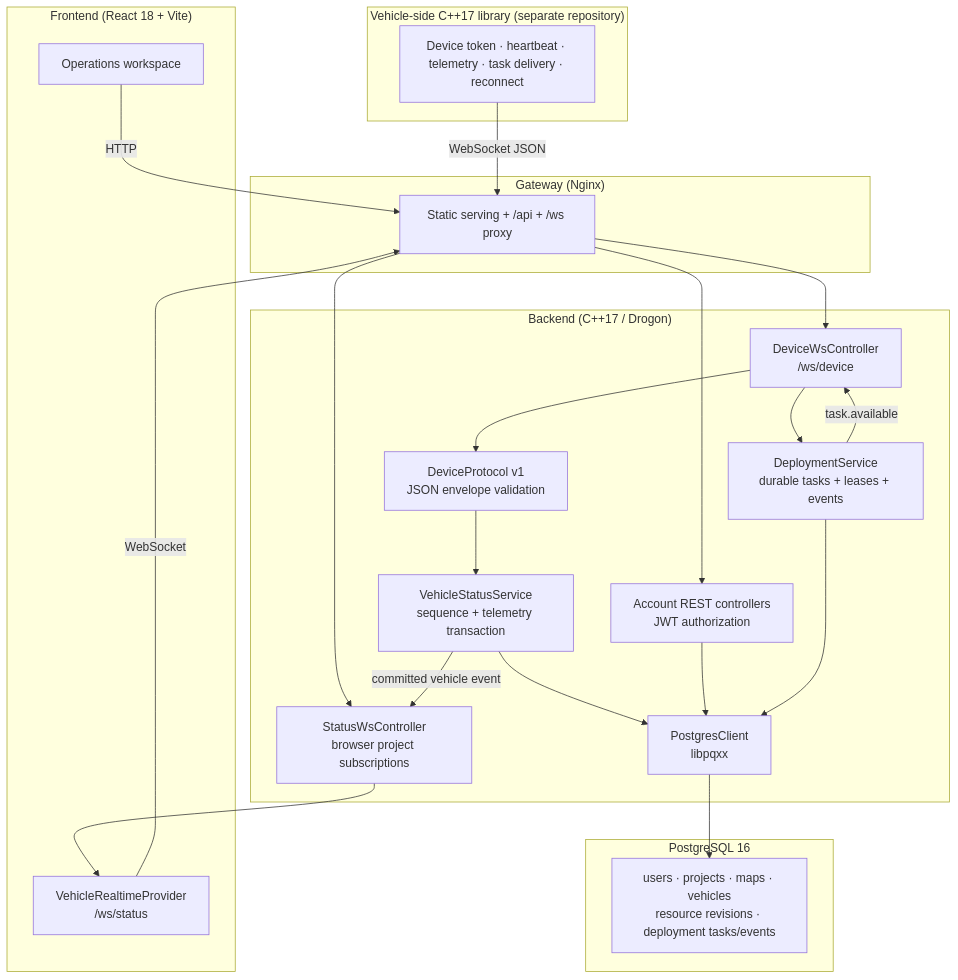
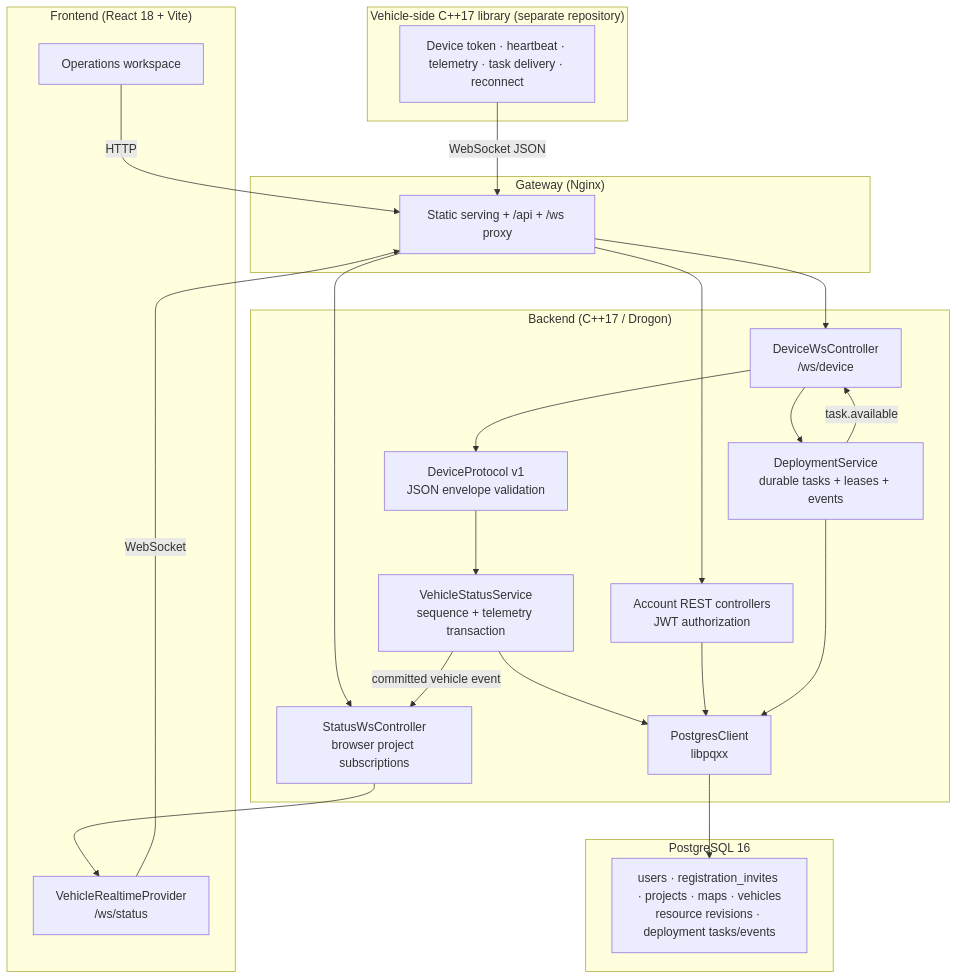
One commit to Hr-Senerity/ROC-SYSTEM changed the first of 2 diagrams in README.md. Above: the diagram before and after it, drawn with Mermaid. The commit also changed other lines of this file and 32 other files, not shown here.

````diff
--- a/README.md
+++ b/README.md
@@ -9,41 +9,41 @@
 ```mermaid
 graph TB
     subgraph Frontend["Frontend (React 18 + Vite)"]
         Workspace["Operations workspace"]
         BrowserWS["VehicleRealtimeProvider<br/>/ws/status"]
     end
 
     subgraph Gateway["Gateway (Nginx)"]
         NGX["Static serving + /api + /ws proxy"]
     end
 
     subgraph Backend["Backend (C++17 / Drogon)"]
         REST["Account REST controllers<br/>JWT authorization"]
         StatusWS["StatusWsController<br/>browser project subscriptions"]
         DeviceWS["DeviceWsController<br/>/ws/device"]
         Codec["DeviceProtocol v1<br/>JSON envelope validation"]
         StatusService["VehicleStatusService<br/>sequence + telemetry transaction"]
         DeployService["DeploymentService<br/>durable tasks + leases + events"]
         DBClient["PostgresClient<br/>libpqxx"]
     end
 
     subgraph Vehicle["Vehicle-side C++17 library (separate repository)"]
         Client["Device token · heartbeat · telemetry · task delivery · reconnect"]
     end
 
     subgraph Database["PostgreSQL 16"]
-        Tables["users · projects · maps · vehicles<br/>resource revisions · deployment tasks/events"]
+        Tables["users · registration_invites · projects · maps · vehicles<br/>resource revisions · deployment tasks/events"]
     end
 
     Workspace -->|"HTTP"| NGX
     BrowserWS -->|"WebSocket"| NGX
     Client -->|"WebSocket JSON"| NGX
     NGX --> REST
     NGX --> StatusWS
     NGX --> DeviceWS
     DeviceWS --> Codec --> StatusService --> DBClient --> Tables
     REST --> DBClient
     DeviceWS --> DeployService --> DBClient
     DeployService -->|"task.available"| DeviceWS
     StatusService -->|"committed vehicle event"| StatusWS --> BrowserWS
 ```
````
